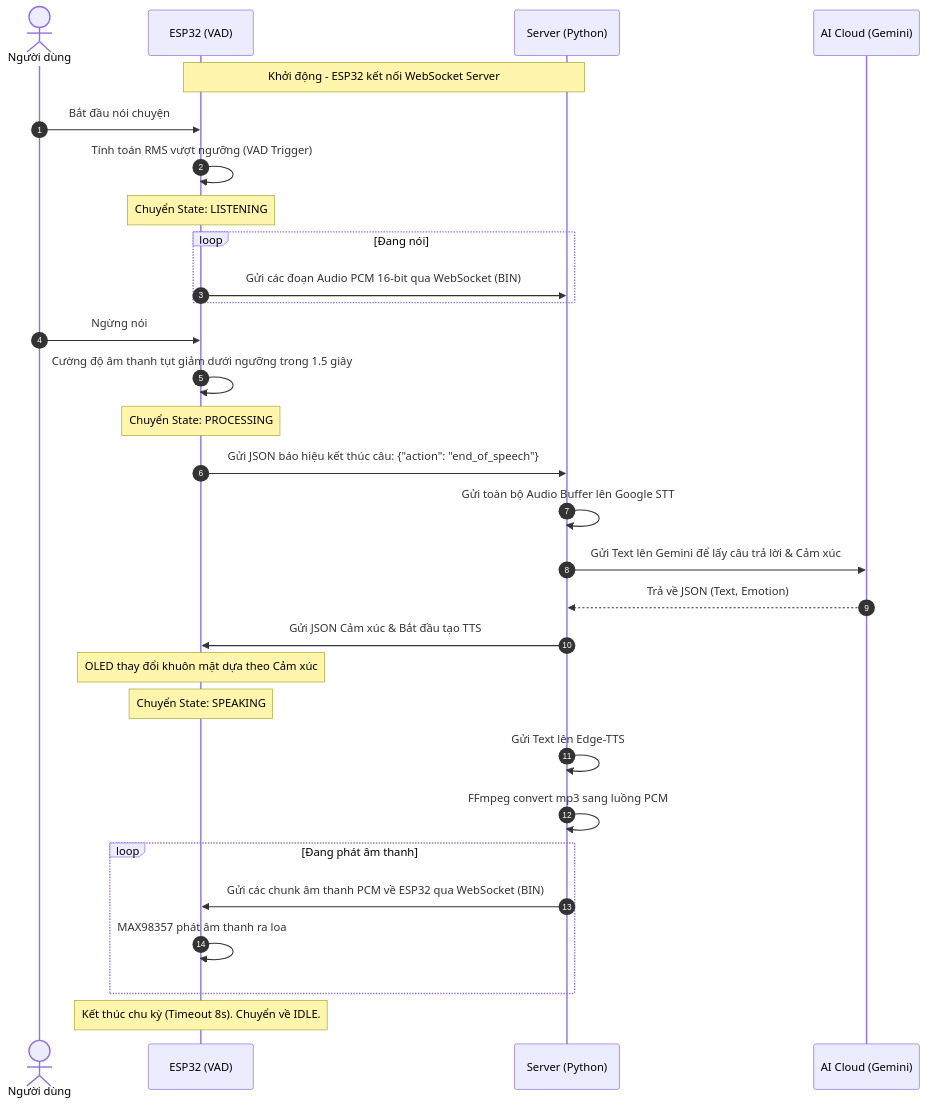
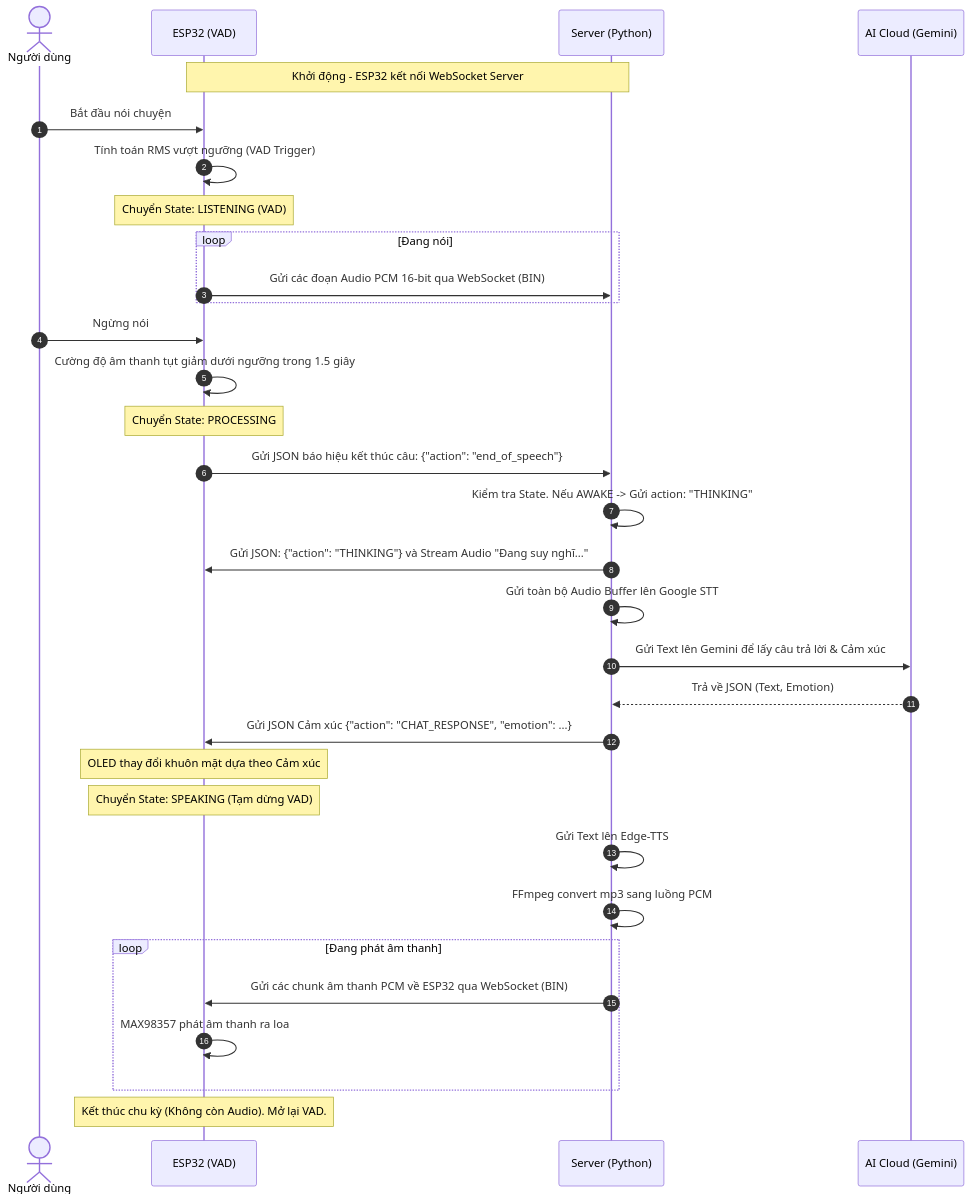
One commit to KhanhTheChau/robot-esp32 changed the second of 2 diagrams in docs/System_Architecture.md. Above: the diagram before and after it, drawn with Mermaid. The commit also changed 18 other files, not shown here.

````diff
--- a/docs/System_Architecture.md
+++ b/docs/System_Architecture.md
@@ -37,41 +37,44 @@
 ```mermaid
 sequenceDiagram
     autonumber
     actor U as Người dùng
     participant E as ESP32 (VAD)
     participant S as Server (Python)
     participant A as AI Cloud (Gemini)
 
     Note over E,S: Khởi động - ESP32 kết nối WebSocket Server
     
     U->>E: Bắt đầu nói chuyện
     E->>E: Tính toán RMS vượt ngưỡng (VAD Trigger)
-    Note over E: Chuyển State: LISTENING
+    Note over E: Chuyển State: LISTENING (VAD)
     
     loop Đang nói
         E->>S: Gửi các đoạn Audio PCM 16-bit qua WebSocket (BIN)
     end
     
     U->>E: Ngừng nói
     E->>E: Cường độ âm thanh tụt giảm dưới ngưỡng trong 1.5 giây
     Note over E: Chuyển State: PROCESSING
     E->>S: Gửi JSON báo hiệu kết thúc câu: {"action": "end_of_speech"}
     
+    S->>S: Kiểm tra State. Nếu AWAKE -> Gửi action: "THINKING"
+    S->>E: Gửi JSON: {"action": "THINKING"} và Stream Audio "Đang suy nghĩ..."
+    
     S->>S: Gửi toàn bộ Audio Buffer lên Google STT
     S->>A: Gửi Text lên Gemini để lấy câu trả lời & Cảm xúc
     A-->>S: Trả về JSON (Text, Emotion)
     
-    S->>E: Gửi JSON Cảm xúc & Bắt đầu tạo TTS
+    S->>E: Gửi JSON Cảm xúc {"action": "CHAT_RESPONSE", "emotion": ...}
     Note over E: OLED thay đổi khuôn mặt dựa theo Cảm xúc
-    Note over E: Chuyển State: SPEAKING
+    Note over E: Chuyển State: SPEAKING (Tạm dừng VAD)
     
     S->>S: Gửi Text lên Edge-TTS
     S->>S: FFmpeg convert mp3 sang luồng PCM
     
     loop Đang phát âm thanh
         S->>E: Gửi các chunk âm thanh PCM về ESP32 qua WebSocket (BIN)
         E->>E: MAX98357 phát âm thanh ra loa
     end
     
-    Note over E: Kết thúc chu kỳ (Timeout 8s). Chuyển về IDLE.
+    Note over E: Kết thúc chu kỳ (Không còn Audio). Mở lại VAD.
 ```
````
